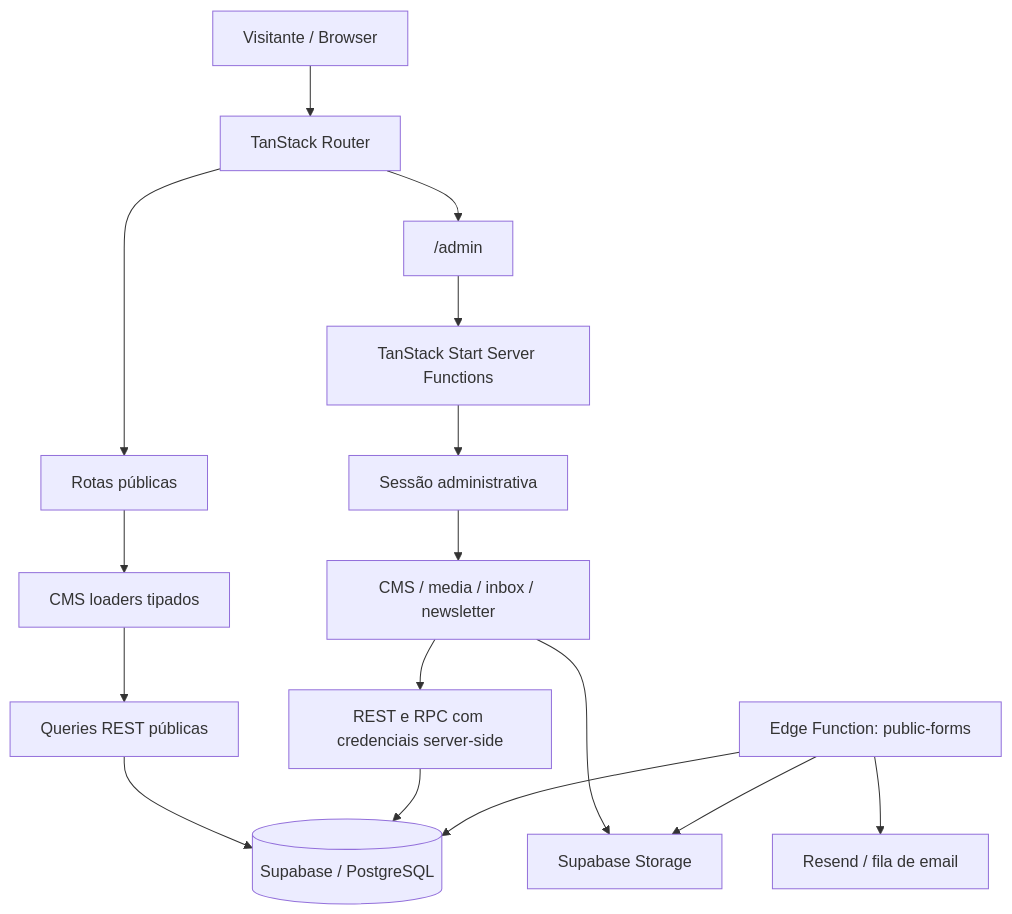
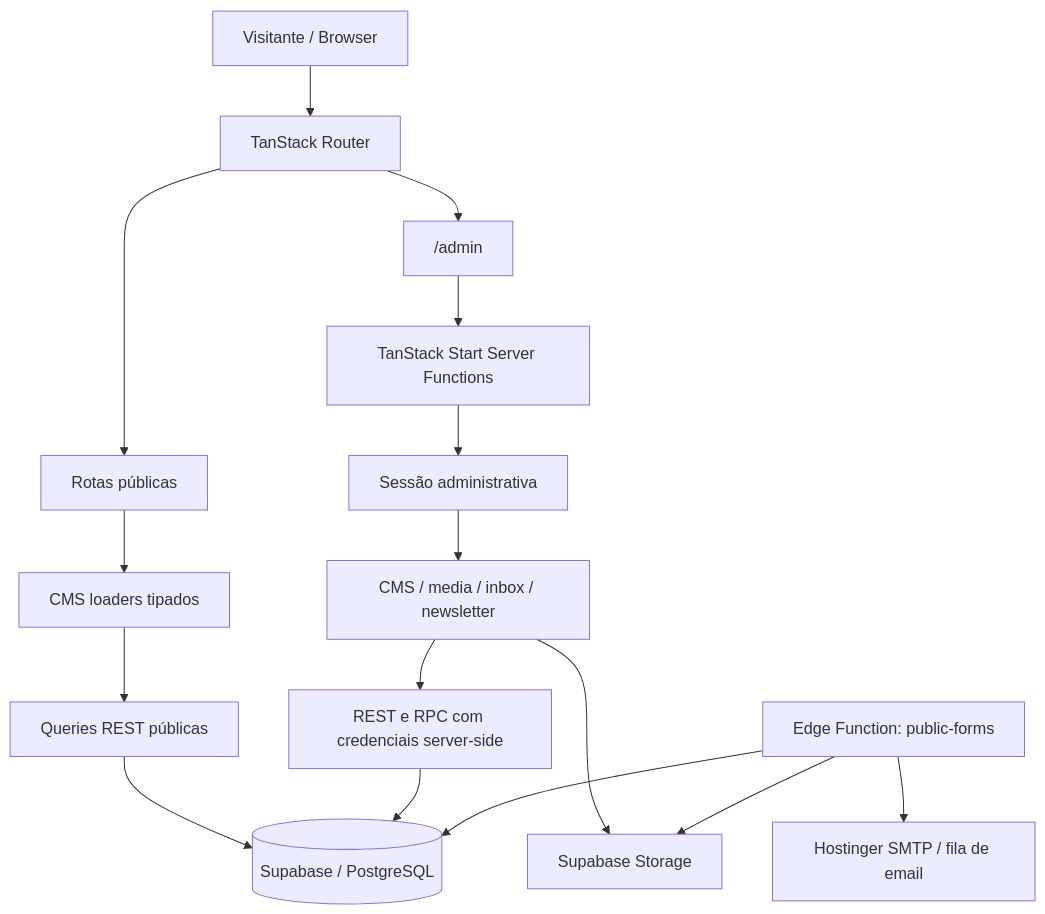
The diagram in README.md (edmundokutuzov333/kutuzovportfolio333), drawn with Mermaid before and after one commit. The commit also changed other lines of this file and 3 other files, not shown here.

Commit message:
feat(email): add Hostinger SMTP transport for transactional mail

````diff
--- a/README.md
+++ b/README.md
@@ -324,18 +324,18 @@
 ```mermaid
 flowchart TB
     V["Visitante / Browser"] --> R["TanStack Router"]
     R --> P["Rotas públicas"]
     R --> A["/admin"]
     P --> L["CMS loaders tipados"]
     L --> Q["Queries REST públicas"]
     Q --> DB[("Supabase / PostgreSQL")]
     A --> SF["TanStack Start Server Functions"]
     SF --> AUTH["Sessão administrativa"]
     AUTH --> CMS["CMS / media / inbox / newsletter"]
     CMS --> PRIV["REST e RPC com credenciais server-side"]
     PRIV --> DB
     CMS --> ST["Supabase Storage"]
     F["Edge Function: public-forms"] --> DB
     F --> ST
-    F --> EMAIL["Resend / fila de email"]
+    F --> EMAIL["Hostinger SMTP / fila de email"]
 ```
````
